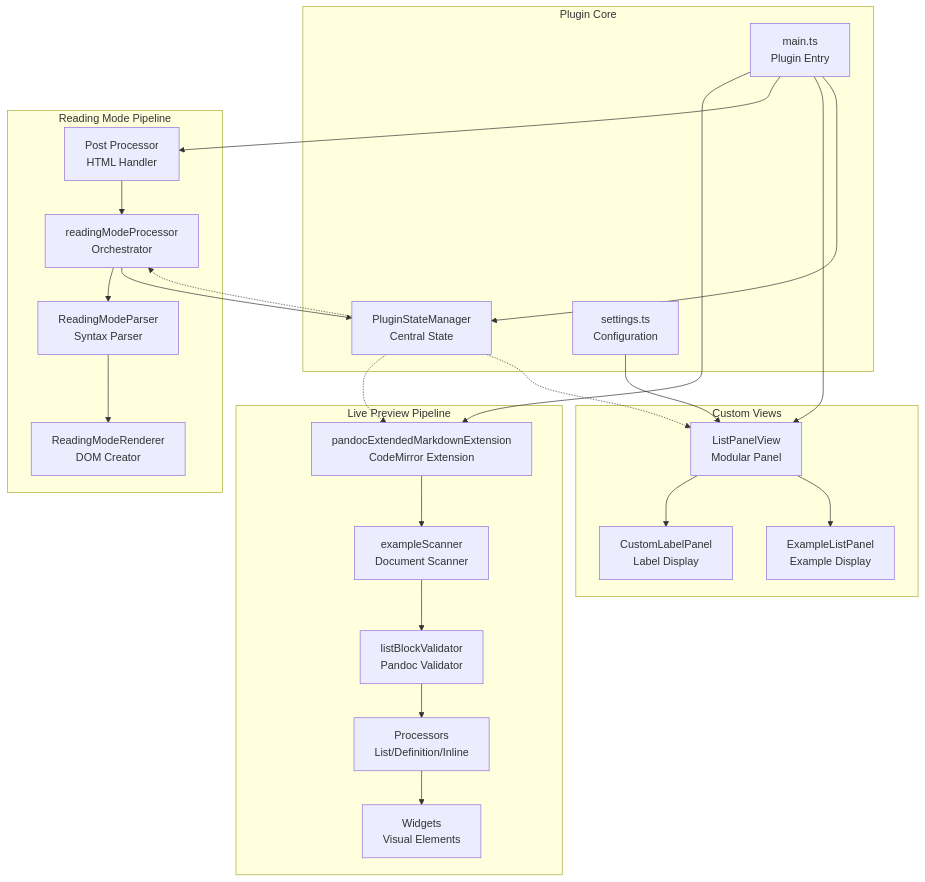
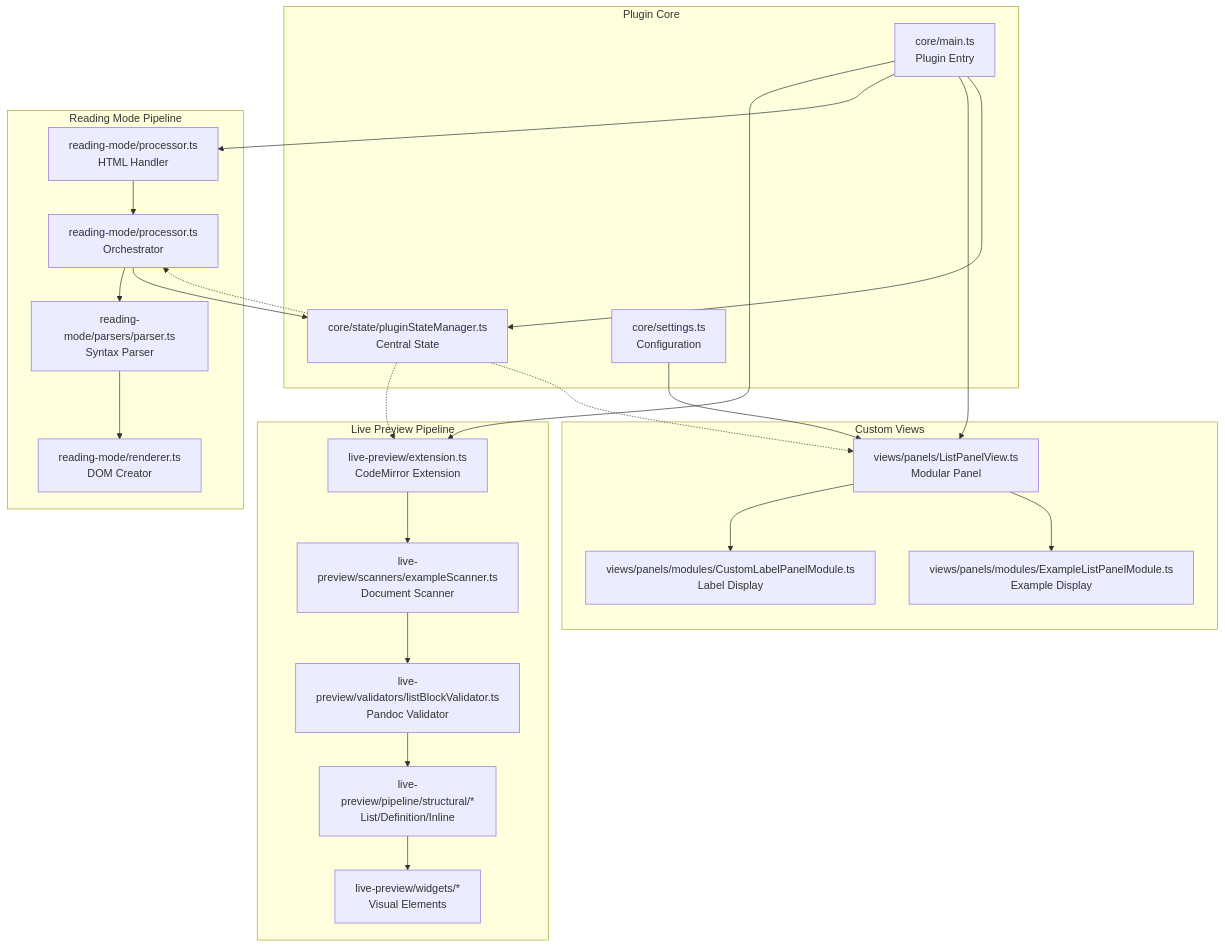
The first of 8 diagrams in ARCHITECTURE.md (ErrorTzy/obsidian-pandoc-extended-markdown), drawn with Mermaid before and after one commit. The commit also changed other lines of this file and 121 other files, not shown here.

Commit message:
feat: Adding View Panel; Completely rewritten the Reading Mode Processor for better architecture; Reorganized /src/

````diff
--- a/ARCHITECTURE.md
+++ b/ARCHITECTURE.md
@@ -165,52 +133,52 @@
 ```mermaid
 graph TB
     subgraph "Plugin Core"
-        Main[main.ts<br/>Plugin Entry]
-        SM[PluginStateManager<br/>Central State]
-        Settings[settings.ts<br/>Configuration]
+        Main[core/main.ts<br/>Plugin Entry]
+        SM[core/state/pluginStateManager.ts<br/>Central State]
+        Settings[core/settings.ts<br/>Configuration]
     end
     
     subgraph "Live Preview Pipeline"
-        CMExt[pandocExtendedMarkdownExtension<br/>CodeMirror Extension]
-        Scanner[exampleScanner<br/>Document Scanner]
-        Validator[listBlockValidator<br/>Pandoc Validator]
-        Processors[Processors<br/>List/Definition/Inline]
-        Widgets[Widgets<br/>Visual Elements]
+        CMExt[live-preview/extension.ts<br/>CodeMirror Extension]
+        Scanner[live-preview/scanners/exampleScanner.ts<br/>Document Scanner]
+        Validator[live-preview/validators/listBlockValidator.ts<br/>Pandoc Validator]
+        Processors[live-preview/pipeline/structural/*<br/>List/Definition/Inline]
+        Widgets[live-preview/widgets/*<br/>Visual Elements]
     end
     
     subgraph "Reading Mode Pipeline"
-        PostProc[Post Processor<br/>HTML Handler]
-        RMProc[readingModeProcessor<br/>Orchestrator]
-        Parser[ReadingModeParser<br/>Syntax Parser]
-        Renderer[ReadingModeRenderer<br/>DOM Creator]
+        PostProc[reading-mode/processor.ts<br/>HTML Handler]
+        RMProc[reading-mode/processor.ts<br/>Orchestrator]
+        Parser[reading-mode/parsers/parser.ts<br/>Syntax Parser]
+        Renderer[reading-mode/renderer.ts<br/>DOM Creator]
     end
     
     subgraph "Custom Views"
-        LPView[ListPanelView<br/>Modular Panel]
-        CLPanel[CustomLabelPanel<br/>Label Display]
-        ELPanel[ExampleListPanel<br/>Example Display]
+        LPView[views/panels/ListPanelView.ts<br/>Modular Panel]
+        CLPanel[views/panels/modules/CustomLabelPanelModule.ts<br/>Label Display]
+        ELPanel[views/panels/modules/ExampleListPanelModule.ts<br/>Example Display]
     end
     
     Main --> CMExt
     Main --> PostProc
     Main --> LPView
     LPView --> CLPanel
     LPView --> ELPanel
     Main --> SM
     Settings --> LPView
     
     CMExt --> Scanner
     Scanner --> Validator
     Validator --> Processors
     Processors --> Widgets
     
     PostProc --> RMProc
     RMProc --> Parser
     RMProc --> SM
     Parser --> Renderer
     
     SM -.-> CMExt
     SM -.-> RMProc
     SM -.-> LPView
     
 ```
````
